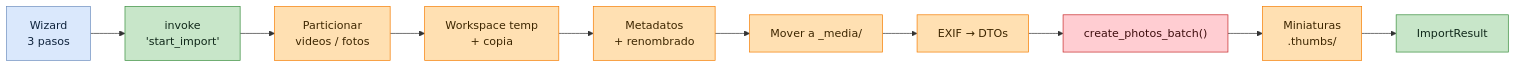
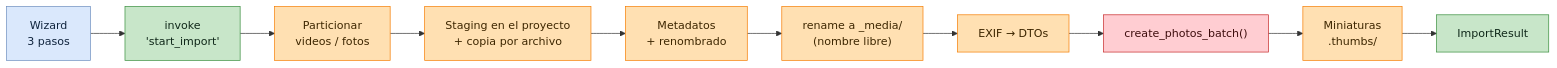
One commit to everitosan/lumik changed the first of 7 diagrams in docs/useCases/flujo-importar-imagenes.md. Above: the diagram before and after it, drawn with Mermaid. The commit also changed other lines of this file and 22 other files, not shown here.

````diff
--- a/docs/useCases/flujo-importar-imagenes.md
+++ b/docs/useCases/flujo-importar-imagenes.md
@@ -14,24 +16,24 @@
 ```mermaid
 flowchart LR
     W["Wizard<br/>3 pasos"]
     I["invoke<br/>'start_import'"]
     P["Particionar<br/>videos / fotos"]
-    C["Workspace temp<br/>+ copia"]
+    C["Staging en el proyecto<br/>+ copia por archivo"]
     M["Metadatos<br/>+ renombrado"]
-    D["Mover a _media/"]
+    D["rename a _media/<br/>(nombre libre)"]
     X["EXIF → DTOs"]
     B["create_photos_batch()"]
     T["Miniaturas<br/>.thumbs/"]
     R["ImportResult"]
 
     W --> I --> P --> C --> M --> D --> X --> B --> T --> R
 
     classDef ui fill:#dae8fc,stroke:#6c8ebf,color:#10243d
     classDef ipc fill:#c8e6c9,stroke:#388e3c,color:#10281a
     classDef be fill:#ffe0b2,stroke:#f57c00,color:#3d2600
     classDef db fill:#ffcdd2,stroke:#c62828,color:#3d0d0d
     class W ui
     class I,R ipc
     class P,C,M,D,X,T be
     class B db
 ```
````
